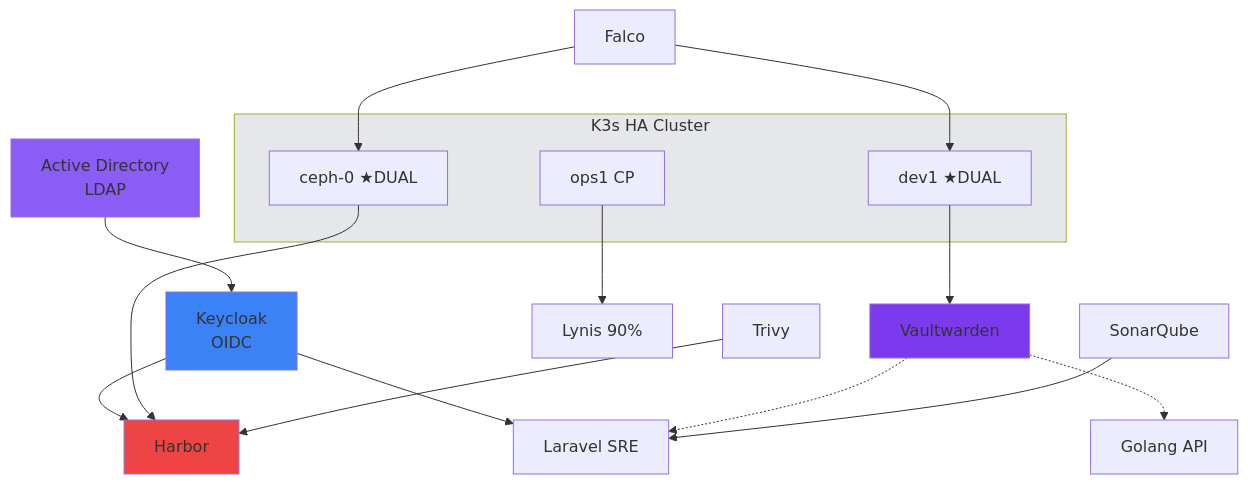
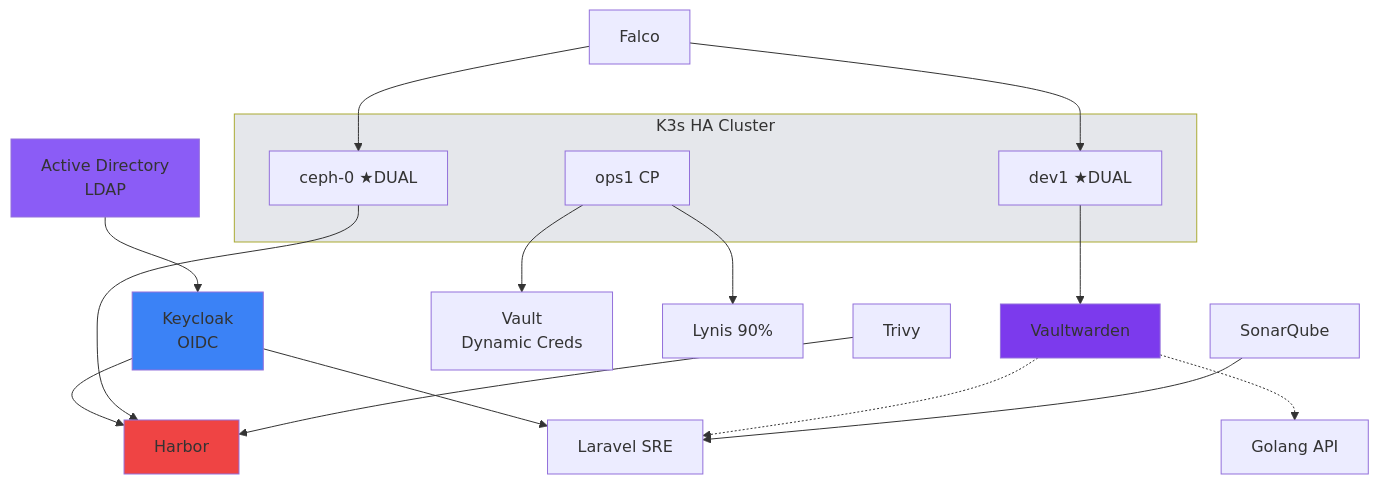
Before and after one commit to matahariku/matahariku: the third of 3 diagrams in README.md, drawn with Mermaid.

````diff
--- a/README.md
+++ b/README.md
@@ -167,30 +167,32 @@
 ```mermaid
 flowchart TB
     AD[Active Directory<br/>LDAP] --> KC[Keycloak<br/>OIDC]
     
     subgraph K3S["K3s HA Cluster"]
         P1[ceph-0 ★DUAL]
         P2[dev1 ★DUAL]
         P3[ops1 CP]
     end
     
     KC --> H[Harbor]
     KC --> A[Laravel SRE]
     
     P1 --> H
     P2 --> VW[Vaultwarden]
+    P3 --> HV[Vault<br/>Dynamic Creds]
     P3 --> L[Lynis 90%]
     
     VW -.-> A
     VW -.-> B[Golang API]
     T[Trivy] --> H
     F[Falco] --> P1
     F --> P2
     SQ[SonarQube] --> A
     
     style AD fill:#8b5cf6
     style KC fill:#3b82f6
     style K3S fill:#e5e7eb
     style H fill:#ef4444
+    style VW fill:#8b5cf6
     style VW fill:#7c3aed
 ```
````
